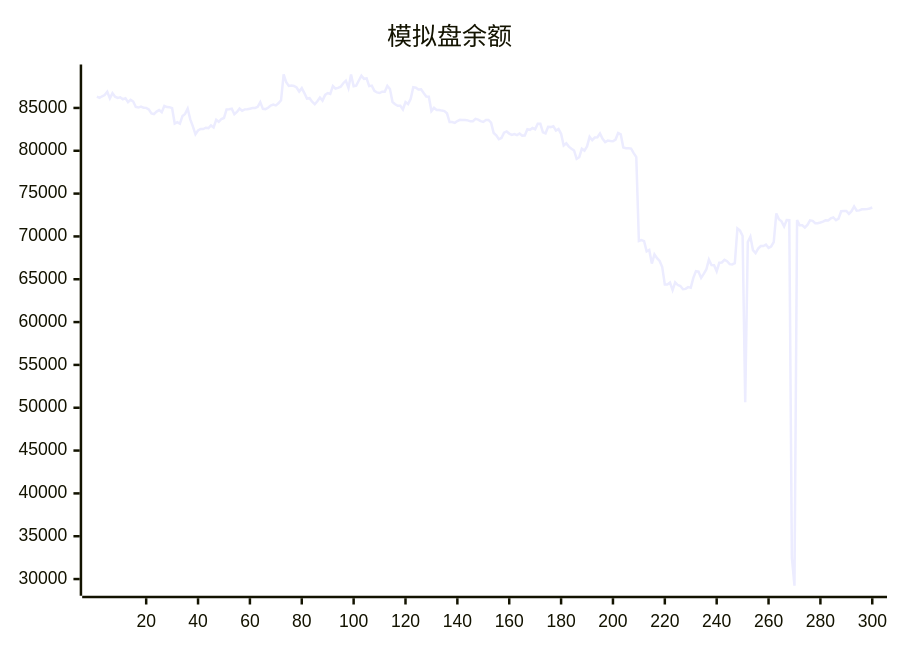
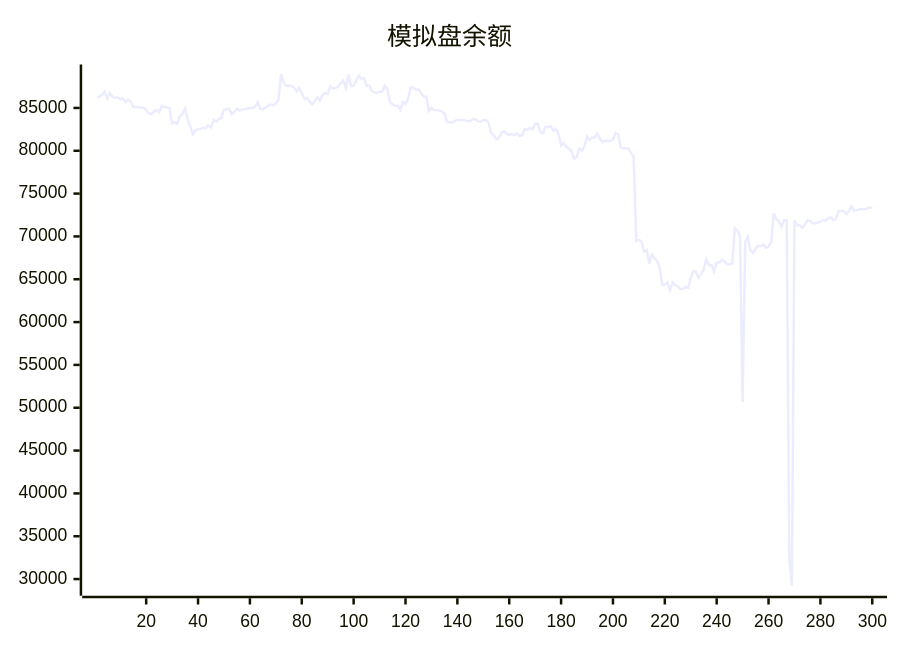
The diagram in README.md (aahl/ai-trading), drawn with Mermaid before and after one commit. The commit also changed other lines of this file and 1 other file, not shown here.

````diff
--- a/README.md
+++ b/README.md
@@ -5,5 +5,5 @@
 ```mermaid
 xychart
     title "模拟盘余额"
-    line [86314,86177,86364,86503,86886,86114,86731,86310,86176,86240,86017,86136,85685,85938,85749,85111,85044,85164,85016,85008,84824,84354,84287,84572,84745,84500,85234,85096,85095,84970,83180,83338,83157,84070,84309,84922,83667,82850,81924,82369,82552,82539,82695,82648,82962,82728,83619,83378,83710,83825,84819,84854,84917,84265,84527,84919,84668,84834,84850,84916,84981,85004,85131,85674,84891,84864,85019,85284,85393,85294,85538,85894,88904,88012,87567,87625,87568,87386,86920,87313,86737,86094,86143,85725,85437,85787,86219,85859,86526,86740,86630,87563,87264,87335,87483,87886,88180,87335,88894,87544,87608,88207,88755,88401,88444,87543,87608,87000,86810,86740,86894,86884,87576,87209,85686,85435,85251,85255,84820,85689,85453,86066,87420,87373,87161,87178,86740,86341,86315,84643,85012,84772,84768,84690,84635,84376,83360,83357,83259,83474,83608,83606,83602,83548,83440,83454,83724,83644,83464,83365,83590,83592,83275,82072,81806,81344,81492,82109,82254,82006,81848,81955,81829,82022,81769,81776,82522,82441,82656,82498,83144,83144,82150,82038,82797,82763,82872,82367,82536,81981,80612,80862,80484,80242,80034,79063,79245,80226,80016,80507,81625,81233,81544,81578,82016,81401,81019,81186,81130,81118,81306,82066,81909,80392,80304,80291,80258,79729,79261,69466,69579,69456,68251,68415,66832,67911,67462,67144,66432,64380,64375,64606,63740,64647,64324,64216,63842,63877,64078,64008,65156,65945,65888,65157,65625,66144,67284,66653,66639,65924,66925,66956,67263,67108,66766,66729,66886,70927,70673,70049,50652,69334,69973,68400,68061,68578,68876,68879,69055,68662,68822,69329,72687,71999,71760,71162,71911,71896,32500,29218,71927,71297,71305,71044,71337,71883,71822,71536,71536,71622,71723,71880,71860,72100,72216,71887,72077,72940,72976,72966,72638,72948,73497,73004,73041,73173,73160,73186,73258,73375]
+    line [86177,86364,86503,86886,86114,86731,86310,86176,86240,86017,86136,85685,85938,85749,85111,85044,85164,85016,85008,84824,84354,84287,84572,84745,84500,85234,85096,85095,84970,83180,83338,83157,84070,84309,84922,83667,82850,81924,82369,82552,82539,82695,82648,82962,82728,83619,83378,83710,83825,84819,84854,84917,84265,84527,84919,84668,84834,84850,84916,84981,85004,85131,85674,84891,84864,85019,85284,85393,85294,85538,85894,88904,88012,87567,87625,87568,87386,86920,87313,86737,86094,86143,85725,85437,85787,86219,85859,86526,86740,86630,87563,87264,87335,87483,87886,88180,87335,88894,87544,87608,88207,88755,88401,88444,87543,87608,87000,86810,86740,86894,86884,87576,87209,85686,85435,85251,85255,84820,85689,85453,86066,87420,87373,87161,87178,86740,86341,86315,84643,85012,84772,84768,84690,84635,84376,83360,83357,83259,83474,83608,83606,83602,83548,83440,83454,83724,83644,83464,83365,83590,83592,83275,82072,81806,81344,81492,82109,82254,82006,81848,81955,81829,82022,81769,81776,82522,82441,82656,82498,83144,83144,82150,82038,82797,82763,82872,82367,82536,81981,80612,80862,80484,80242,80034,79063,79245,80226,80016,80507,81625,81233,81544,81578,82016,81401,81019,81186,81130,81118,81306,82066,81909,80392,80304,80291,80258,79729,79261,69466,69579,69456,68251,68415,66832,67911,67462,67144,66432,64380,64375,64606,63740,64647,64324,64216,63842,63877,64078,64008,65156,65945,65888,65157,65625,66144,67284,66653,66639,65924,66925,66956,67263,67108,66766,66729,66886,70927,70673,70049,50652,69334,69973,68400,68061,68578,68876,68879,69055,68662,68822,69329,72687,71999,71760,71162,71911,71896,32500,29218,71927,71297,71305,71044,71337,71883,71822,71536,71536,71622,71723,71880,71860,72100,72216,71887,72077,72940,72976,72966,72638,72948,73497,73004,73041,73173,73160,73186,73258,73375,73351]
 ```
````
